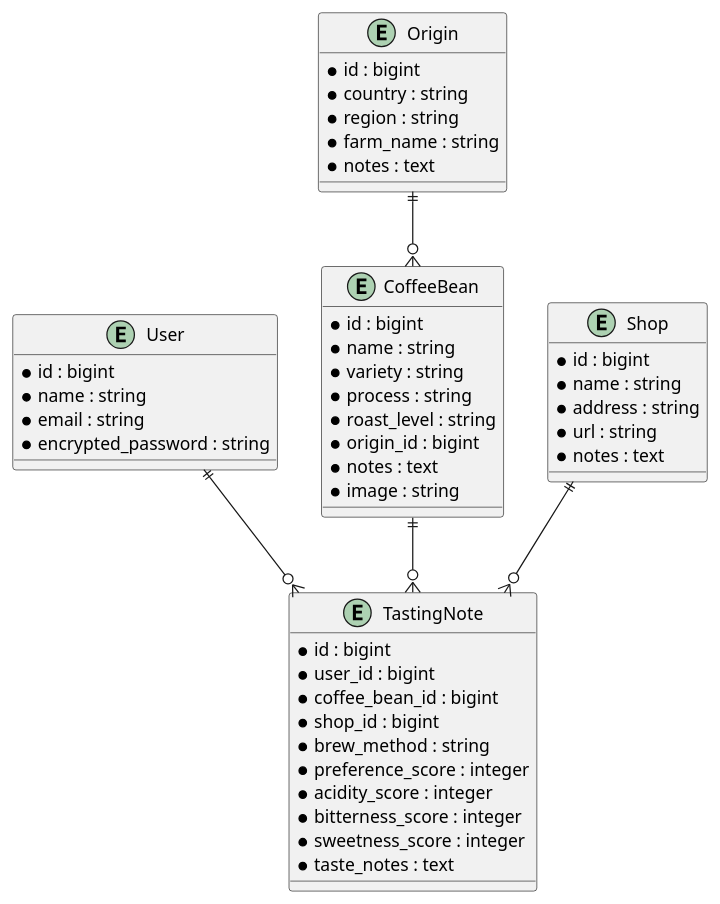
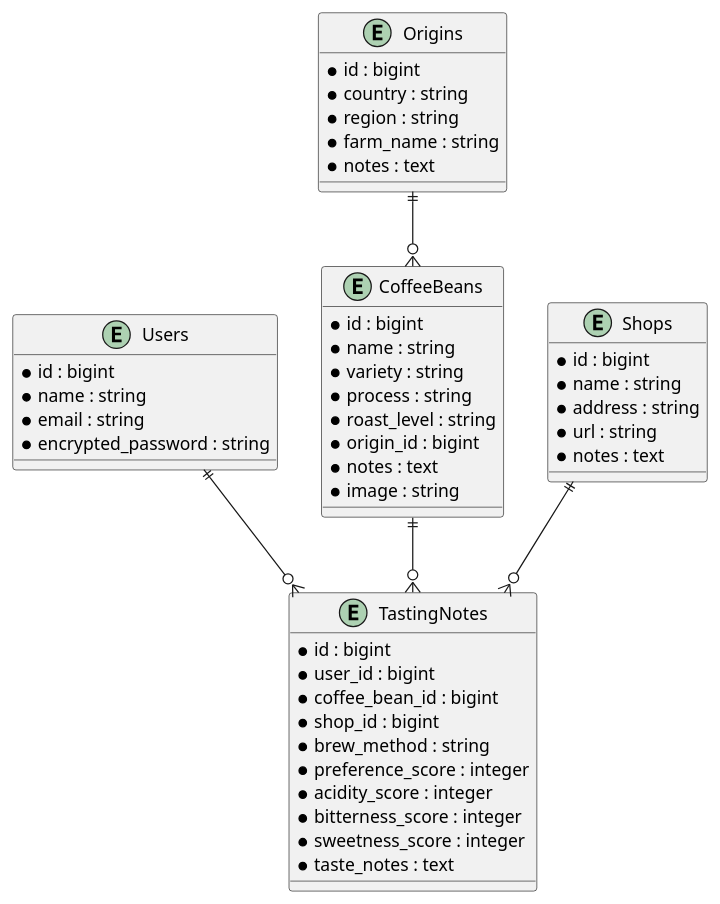
The diagram in er.puml (n-wata-ru/exit_examination_rails), drawn with PlantUML before and after one commit.

Commit message:
ERテーブル表示用のファイルのテーブル名を複数形に修正

```diff
--- a/er.puml
+++ b/er.puml
@@ -1,53 +1,53 @@
 @startuml
-entity User {
+entity Users {
   *id : bigint
   *name : string
   *email : string
   *encrypted_password : string
 }
 
-entity CoffeeBean {
+entity CoffeeBeans {
   *id : bigint
   *name : string
   *variety : string
   *process : string
   *roast_level : string
   *origin_id : bigint
   *notes : text
   *image : string
 }
 
-entity TastingNote {
+entity TastingNotes {
   *id : bigint
   *user_id : bigint
   *coffee_bean_id : bigint
   *shop_id : bigint
   *brew_method : string
   *preference_score : integer
   *acidity_score : integer
   *bitterness_score : integer
   *sweetness_score : integer
   *taste_notes : text
 }
 
-entity Shop {
+entity Shops {
   *id : bigint
   *name : string
   *address : string
   *url : string
   *notes : text
 }
 
-entity Origin {
+entity Origins {
   *id : bigint
   *country : string
   *region : string
   *farm_name : string
   *notes : text
 }
 
-User ||--o{ TastingNote
-CoffeeBean ||--o{ TastingNote
-Shop ||--o{ TastingNote
-Origin ||--o{ CoffeeBean
+Users ||--o{ TastingNotes
+CoffeeBeans ||--o{ TastingNotes
+Shops ||--o{ TastingNotes
+Origins ||--o{ CoffeeBeans
 @enduml
```
